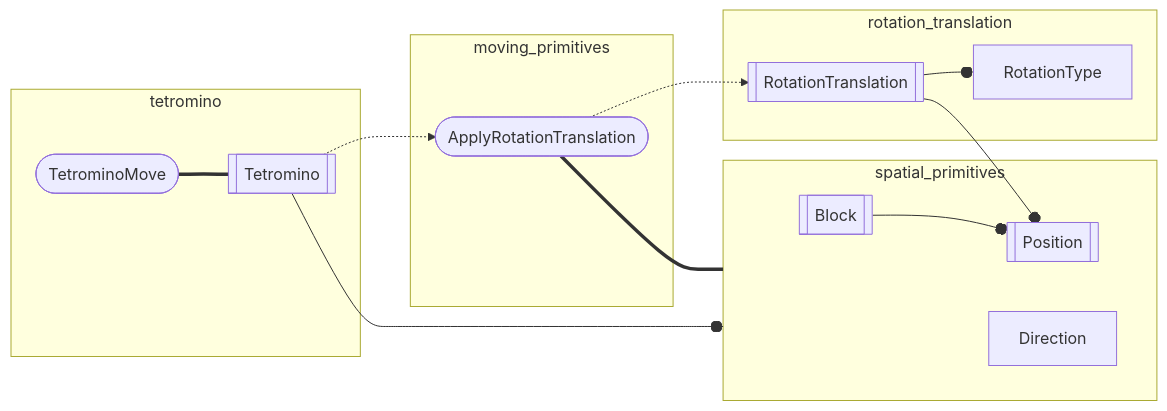
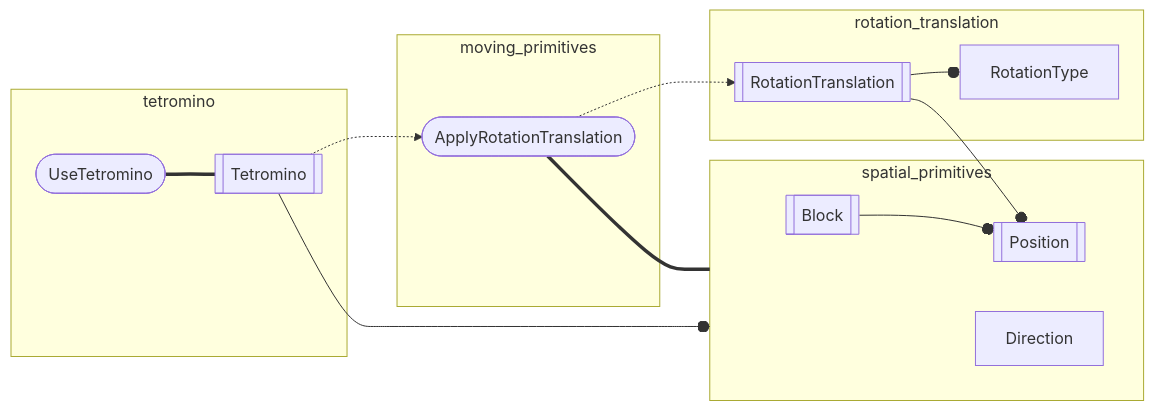
One commit to inesvar/tetris changed the first of 2 diagrams in src/app/player/back_end/flowgraph.md. Above: the diagram before and after it, drawn with Mermaid. The commit also changed 7 other files, not shown here.

````diff
--- a/src/app/player/back_end/flowgraph.md
+++ b/src/app/player/back_end/flowgraph.md
@@ -3,43 +3,43 @@
 ```mermaid
 graph LR
     %% objects
     Position[[Position]]
     Block[[Block]]
     Direction[Direction]
     RotationTranslation[[RotationTranslation]]
     RotationType[RotationType]
     ApplyRotationTranslation([ApplyRotationTranslation])
     Tetromino[[Tetromino]]
-    TetrominoMove([TetrominoMove])
+    UseTetromino([UseTetromino])
 
     %% modules
     spatial_primitives[spatial_primitives]
     rotation_translation[rotation_translation]
     moving_primitives[moving_primitives]
     tetromino[tetromino]
 
     subgraph spatial_primitives
         Block --o Position
         Direction
     end
 
     subgraph rotation_translation
         RotationTranslation --o RotationType
     end
 
     RotationTranslation --o Position
 
     subgraph moving_primitives
         ApplyRotationTranslation
     end
 
     ApplyRotationTranslation === spatial_primitives
     ApplyRotationTranslation -.-> RotationTranslation
 
     subgraph tetromino
-        TetrominoMove === Tetromino
+        UseTetromino === Tetromino
     end
 
     Tetromino --o spatial_primitives
     Tetromino -.-> ApplyRotationTranslation
 ```
````
